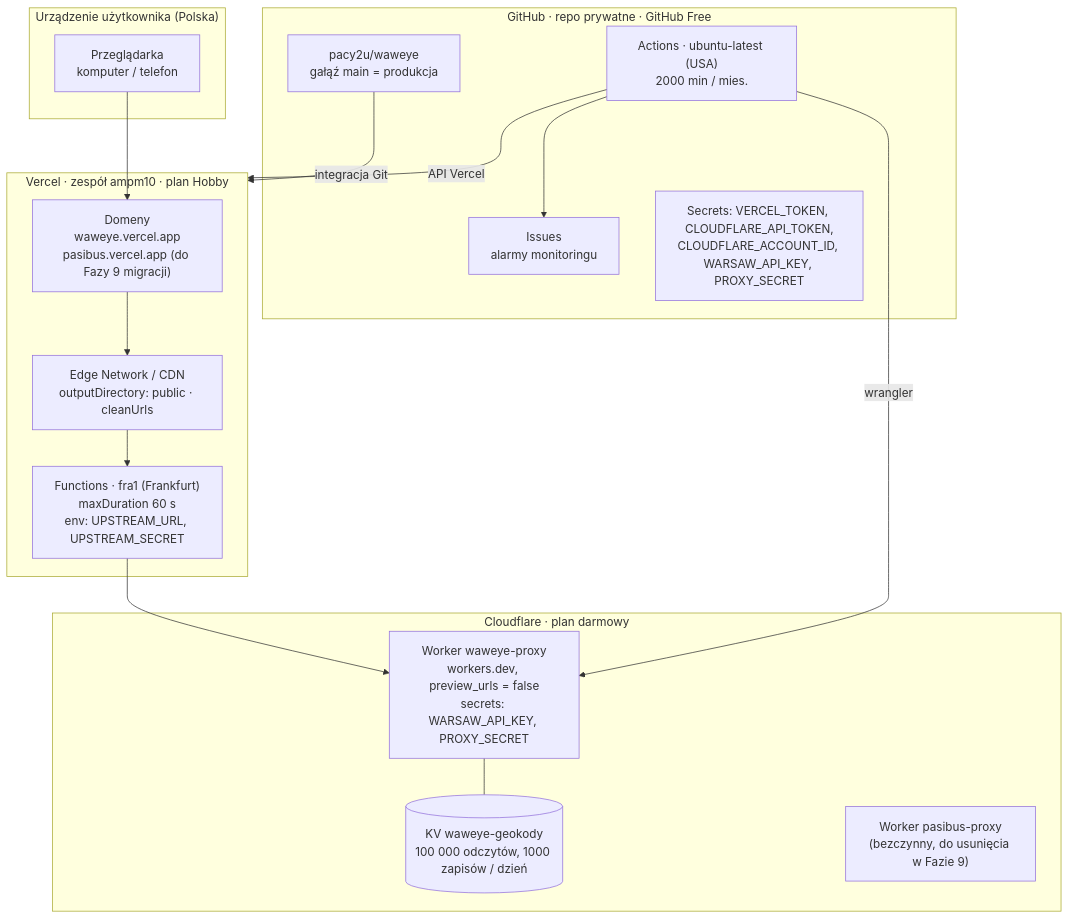
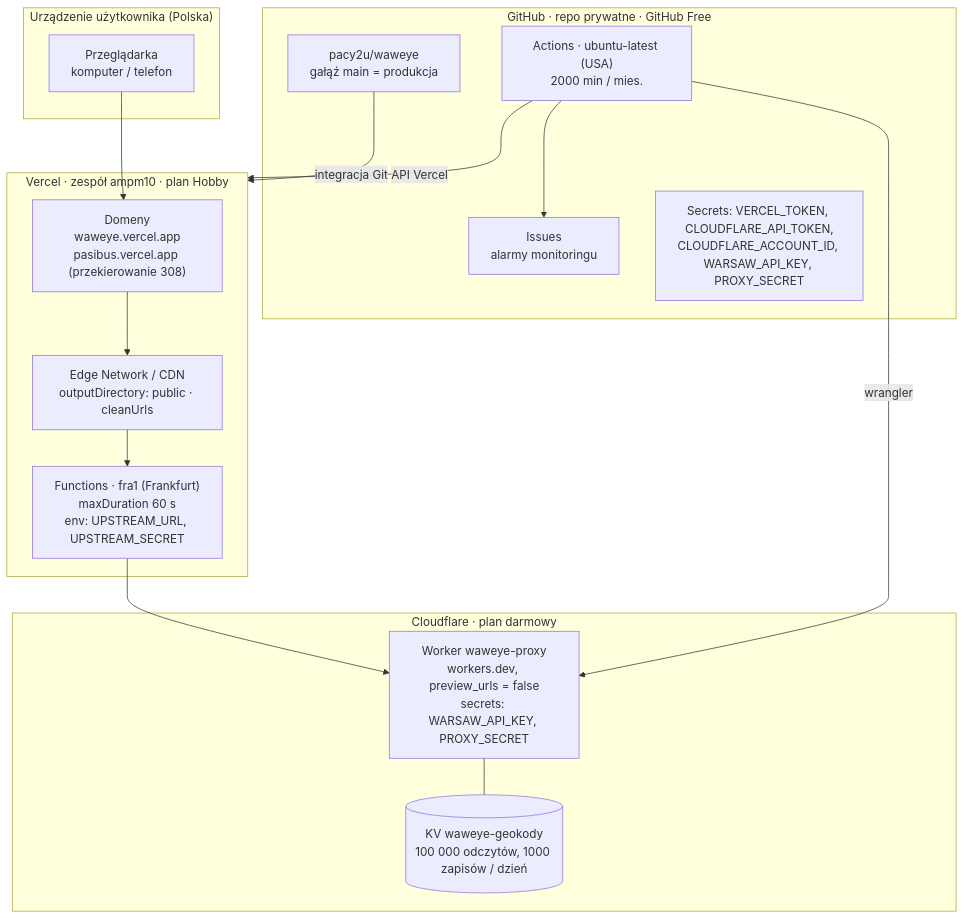
Before and after one commit to pacy2u/waweye: the ninth of 14 diagrams in waweye/ARCHITEKTURA.md, drawn with Mermaid. The commit also changed other lines of this file and 5 other files, not shown here.

First line of the commit message:
Migracja wawEye, Faza 9 zrobiona: przekierowanie, usunięty pasibus-proxy

````diff
--- a/waweye/ARCHITEKTURA.md
+++ b/waweye/ARCHITEKTURA.md
@@ -329,34 +329,33 @@
 ```mermaid
 flowchart TB
     subgraph USER["Urządzenie użytkownika (Polska)"]
         BR["Przeglądarka<br/>komputer / telefon"]
     end
 
     subgraph VC["Vercel · zespół ampm10 · plan Hobby"]
-        DOM["Domeny<br/>waweye.vercel.app<br/>pasibus.vercel.app (do Fazy 9 migracji)"]
+        DOM["Domeny<br/>waweye.vercel.app<br/>pasibus.vercel.app (przekierowanie 308)"]
         EDGE["Edge Network / CDN<br/>outputDirectory: public · cleanUrls"]
         FRA["Functions · fra1 (Frankfurt)<br/>maxDuration 60 s<br/>env: UPSTREAM_URL, UPSTREAM_SECRET"]
         DOM --> EDGE --> FRA
     end
 
     subgraph CFL["Cloudflare · plan darmowy"]
         WK["Worker waweye-proxy<br/>workers.dev, preview_urls = false<br/>secrets: WARSAW_API_KEY, PROXY_SECRET"]
         KVS[("KV waweye-geokody<br/>100 000 odczytów, 1000 zapisów / dzień")]
         WK --- KVS
-        OLD["Worker pasibus-proxy<br/>(bezczynny, do usunięcia w Fazie 9)"]
     end
 
     subgraph GHB["GitHub · repo prywatne · GitHub Free"]
         RP["pacy2u/waweye<br/>gałąź main = produkcja"]
         AC["Actions · ubuntu-latest (USA)<br/>2000 min / mies."]
         IS["Issues<br/>alarmy monitoringu"]
         SEC["Secrets: VERCEL_TOKEN, CLOUDFLARE_API_TOKEN,<br/>CLOUDFLARE_ACCOUNT_ID, WARSAW_API_KEY, PROXY_SECRET"]
     end
 
     BR --> DOM
     FRA --> WK
     RP -->|integracja Git| VC
     AC -->|wrangler| WK
     AC -->|API Vercel| VC
     AC --> IS
 ```
````
